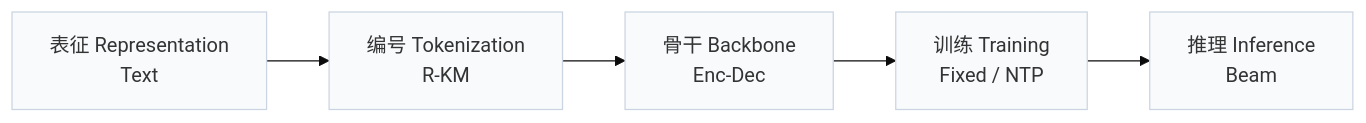
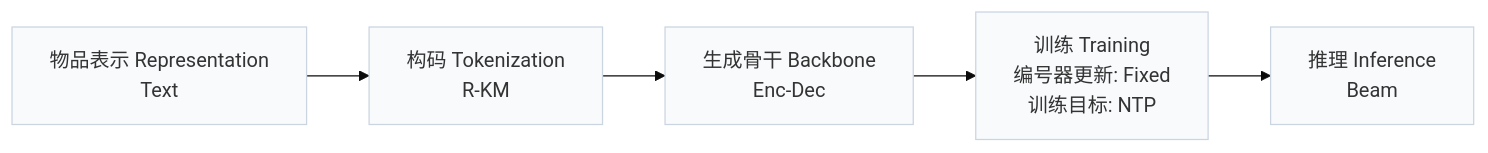
Before and after one commit to Galaxy-ghost/Awesome-SID-Generative-Rec: the first of 3 diagrams in pages/zh/papers/grid.md, drawn with Mermaid (base theme). The commit also changed other lines of this file and 558 other files, not shown here.

````diff
--- a/pages/zh/papers/grid.md
+++ b/pages/zh/papers/grid.md
@@ -15,6 +18,6 @@
 ```mermaid
 flowchart LR
-    R["表征 Representation<br/>Text"] --> T["编号 Tokenization<br/>R-KM"] --> B["骨干 Backbone<br/>Enc-Dec"] --> TR["训练 Training<br/>Fixed / NTP"] --> I["推理 Inference<br/>Beam"]
+    R["物品表示 Representation<br/>Text"] --> T["构码 Tokenization<br/>R-KM"] --> B["生成骨干 Backbone<br/>Enc-Dec"] --> TR["训练 Training<br/>编号器更新: Fixed<br/>训练目标: NTP"] --> I["推理 Inference<br/>Beam"]
     classDef base fill:#f8fafc,stroke:#cbd5e1
     class R,T,B,TR,I base
 ```
````
